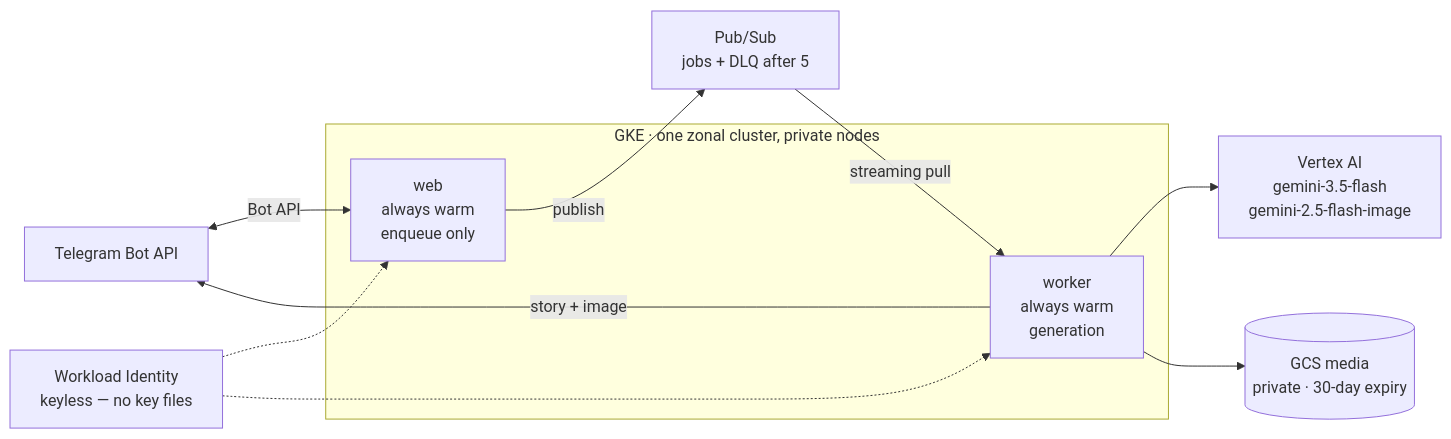
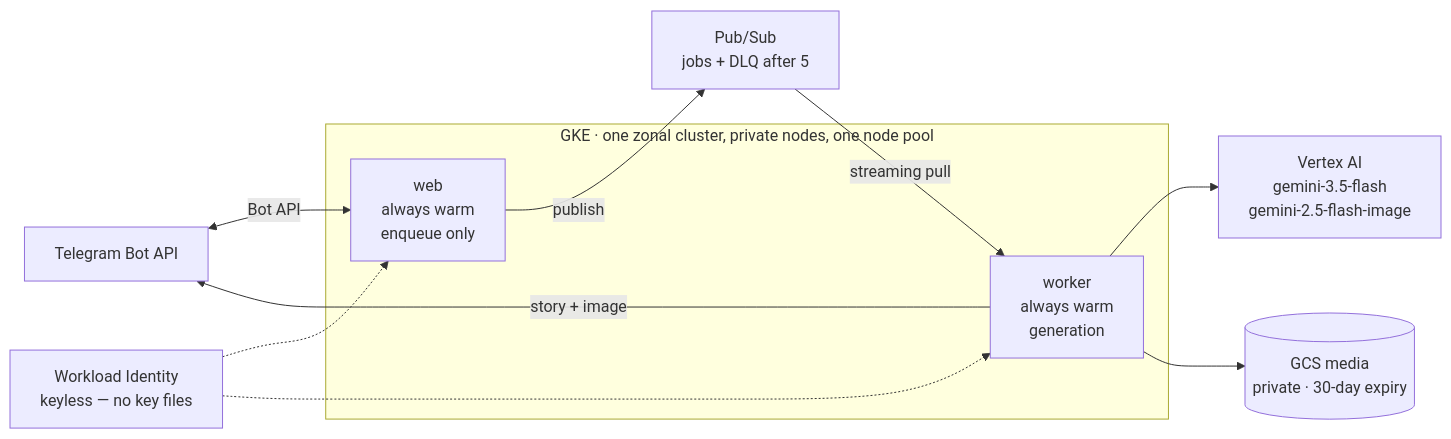
The diagram in README.md (davgrits/ai-family-media-bot), drawn with Mermaid before and after one commit. The commit also changed other lines of this file, not shown here.

````diff
--- a/README.md
+++ b/README.md
@@ -20,23 +18,23 @@
 ```mermaid
 flowchart LR
     TG["Telegram Bot API"]
 
-    subgraph GKE["GKE · one zonal cluster, private nodes"]
+    subgraph GKE["GKE · one zonal cluster, private nodes, one node pool"]
         WEB["web<br/>always warm<br/>enqueue only"]
         WRK["worker<br/>always warm<br/>generation"]
     end
 
     PS["Pub/Sub<br/>jobs + DLQ after 5"]
     AI["Vertex AI<br/>gemini-3.5-flash<br/>gemini-2.5-flash-image"]
     GCS[("GCS media<br/>private · 30-day expiry")]
     WI["Workload Identity<br/>keyless — no key files"]
 
     TG <-->|"Bot API"| WEB
     WEB -->|"publish"| PS
     PS -->|"streaming pull"| WRK
     WRK --> AI
     WRK --> GCS
     WRK -->|"story + image"| TG
     WI -.-> WEB
     WI -.-> WRK
 ```
````
